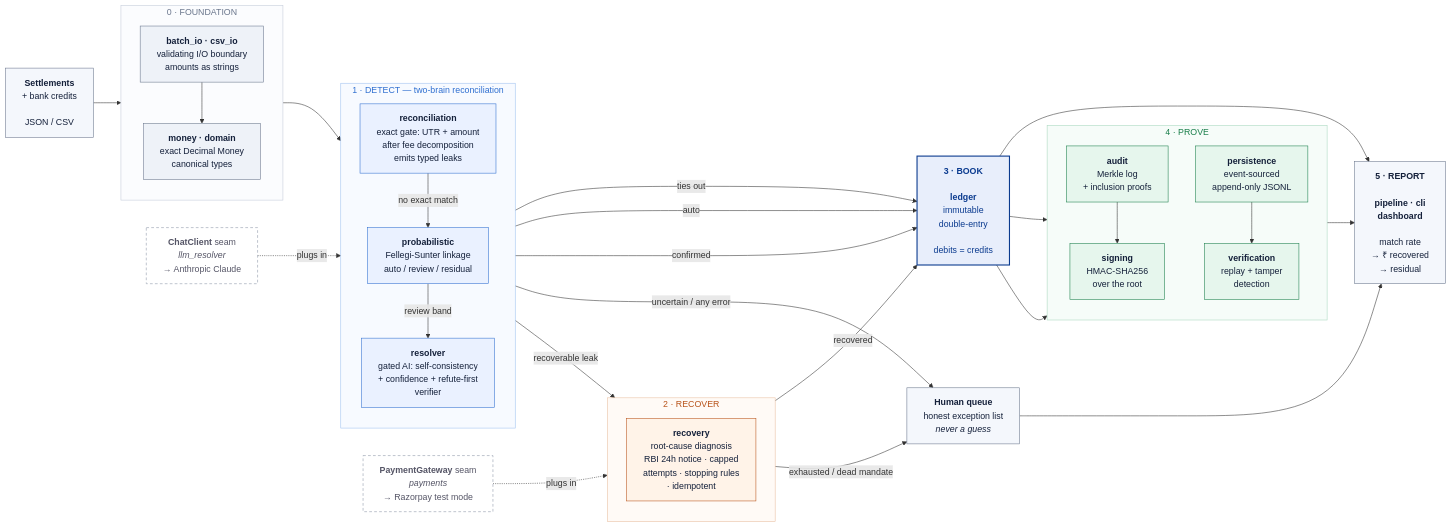
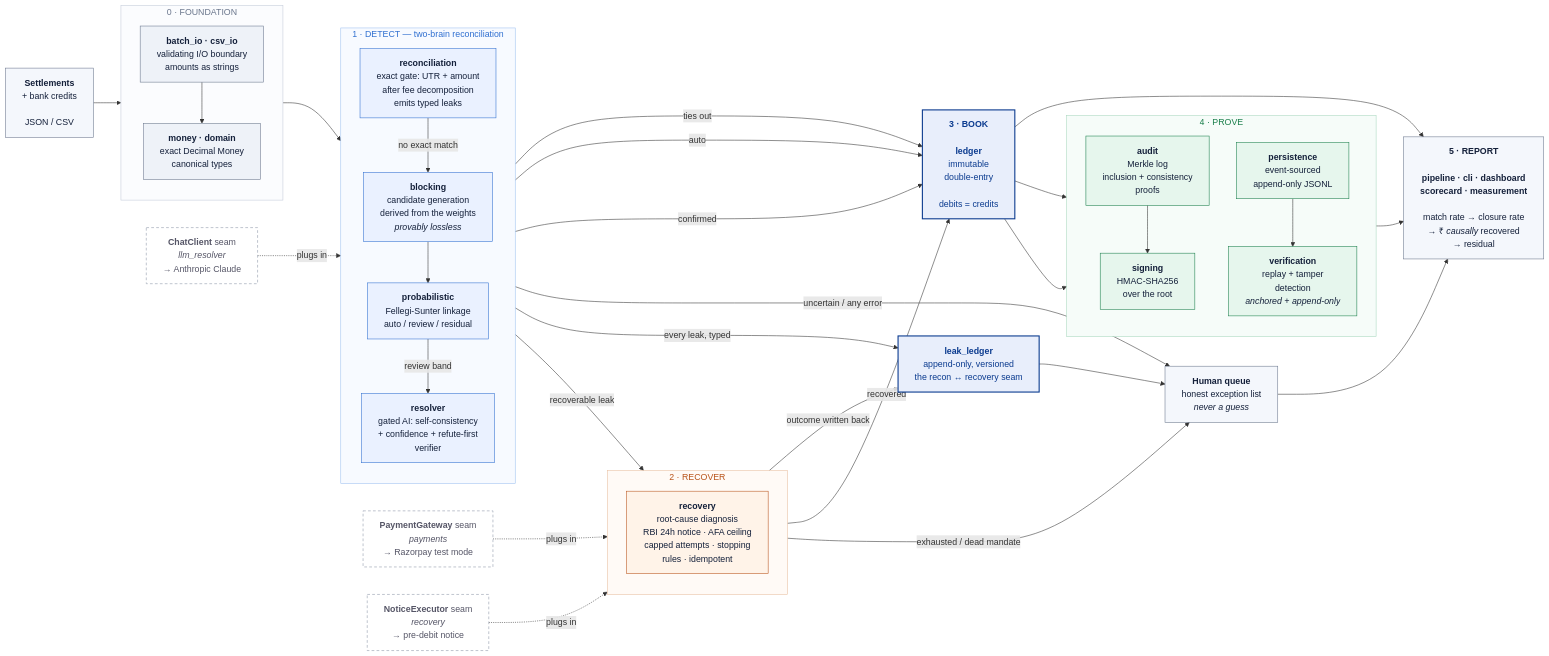
One commit to Dupahar/RECLAIM changed the second of 2 diagrams in README.md. Above: the diagram before and after it, drawn with Mermaid. The commit also changed other lines of this file and 27 other files, not shown here.

```diff
--- a/README.md
+++ b/README.md
@@ -129,34 +133,38 @@
     subgraph D["1 · DETECT — two-brain reconciliation"]
         direction TB
         EX["<b>reconciliation</b><br/>exact gate: UTR + amount<br/>after fee decomposition<br/>emits typed leaks"]
+        BK["<b>blocking</b><br/>candidate generation<br/>derived from the weights<br/><i>provably lossless</i>"]
         FZ["<b>probabilistic</b><br/>Fellegi-Sunter linkage<br/>auto / review / residual"]
         AI["<b>resolver</b><br/>gated AI: self-consistency<br/>+ confidence + refute-first<br/>verifier"]
-        EX -->|"no exact match"| FZ
+        EX -->|"no exact match"| BK
+        BK --> FZ
         FZ -->|"review band"| AI
     end
 
     subgraph R["2 · RECOVER"]
         direction TB
-        RC["<b>recovery</b><br/>root-cause diagnosis<br/>RBI 24h notice · capped<br/>attempts · stopping rules<br/>· idempotent"]
+        RC["<b>recovery</b><br/>root-cause diagnosis<br/>RBI 24h notice · AFA ceiling<br/>capped attempts · stopping<br/>rules · idempotent"]
     end
 
     LG["<b>3 · BOOK</b><br/><br/><b>ledger</b><br/>immutable<br/>double-entry<br/><br/>debits = credits"]
+    LL["<b>leak_ledger</b><br/>append-only, versioned<br/>the recon ↔ recovery seam"]
 
     subgraph P["4 · PROVE"]
         direction TB
-        AU["<b>audit</b><br/>Merkle log<br/>+ inclusion proofs"]
+        AU["<b>audit</b><br/>Merkle log<br/>inclusion + consistency<br/>proofs"]
         SG["<b>signing</b><br/>HMAC-SHA256<br/>over the root"]
         PS["<b>persistence</b><br/>event-sourced<br/>append-only JSONL"]
-        VF["<b>verification</b><br/>replay + tamper<br/>detection"]
+        VF["<b>verification</b><br/>replay + tamper<br/>detection<br/><i>anchored + append-only</i>"]
         AU --> SG
         PS --> VF
     end
 
-    OUT["<b>5 · REPORT</b><br/><br/><b>pipeline · cli<br/>dashboard</b><br/><br/>match rate<br/>→ ₹ recovered<br/>→ residual"]
+    OUT["<b>5 · REPORT</b><br/><br/><b>pipeline · cli · dashboard<br/>scorecard · measurement</b><br/><br/>match rate → closure rate<br/>→ ₹ <i>causally</i> recovered<br/>→ residual"]
     HUM["<b>Human queue</b><br/>honest exception list<br/><i>never a guess</i>"]
 
     LLM["<b>ChatClient</b> seam<br/><i>llm_resolver</i><br/>→ Anthropic Claude"]
     PAY["<b>PaymentGateway</b> seam<br/><i>payments</i><br/>→ Razorpay test mode"]
+    NOT["<b>NoticeExecutor</b> seam<br/><i>recovery</i><br/>→ pre-debit notice"]
 
     IN --> IO
     MO --> EX
@@ -165,6 +173,9 @@
     AI -->|"confirmed"| LG
     AI -->|"uncertain / any error"| HUM
     EX -->|"recoverable leak"| RC
+    EX -->|"every leak, typed"| LL
+    RC -->|"outcome written back"| LL
+    LL --> HUM
     RC -->|"recovered"| LG
     RC -->|"exhausted / dead mandate"| HUM
     LG --> AU
@@ -175,6 +186,7 @@
 
     LLM -.->|"plugs in"| AI
     PAY -.->|"plugs in"| RC
+    NOT -.->|"plugs in"| RC
 
     classDef found fill:#eef2f8,stroke:#6a768c,color:#14203a
     classDef detect fill:#eaf1ff,stroke:#2f6fd0,color:#14203a
@@ -186,9 +198,10 @@
     class IO,MO found
     class EX,FZ,AI detect
     class RC recov
-    class LG book
+    class LG,LL book
+    class BK detect
     class AU,SG,PS,VF prove
-    class LLM,PAY seam
+    class LLM,PAY,NOT seam
     class IN,OUT,HUM edge
 
     style F fill:#fbfcfe,stroke:#c3cbd9,stroke-width:1px,color:#6a768c
```
